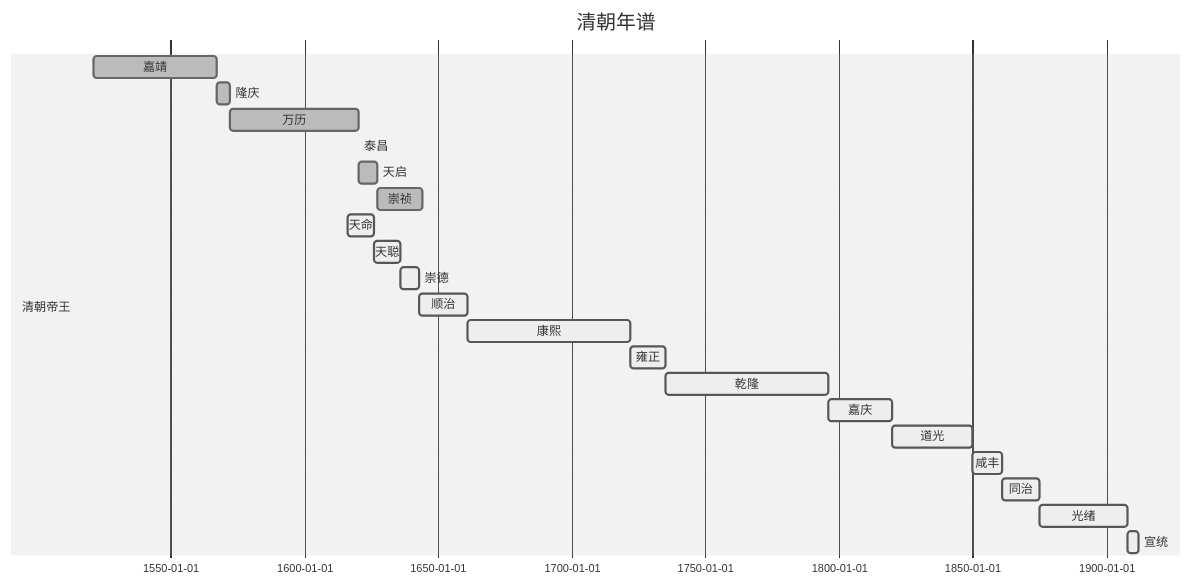
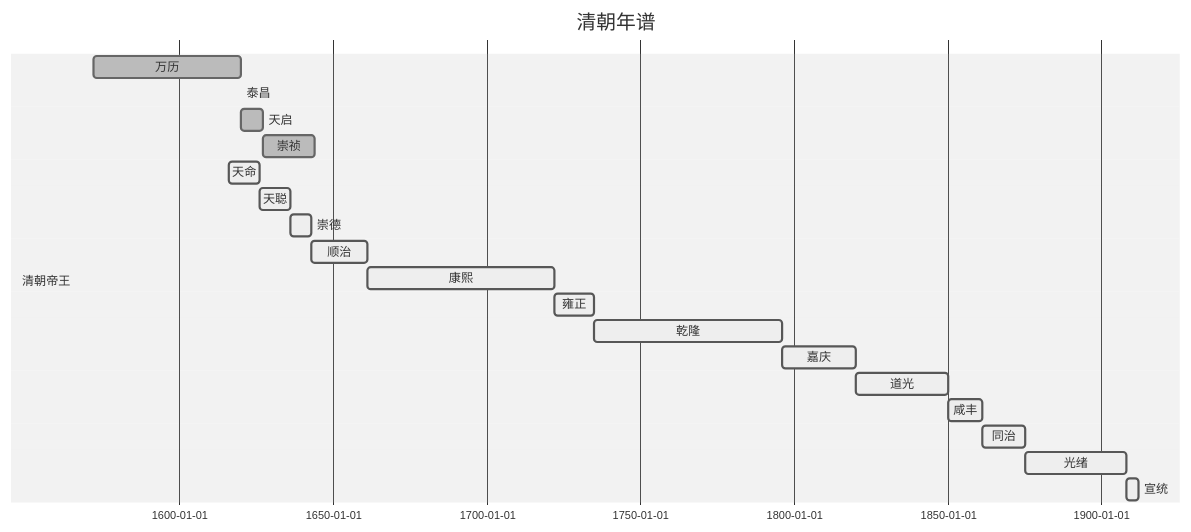
One commit to pemglee/HistoryNotes changed the third of 4 diagrams in NoteList.md. Above: the diagram before and after it, drawn with Mermaid (neutral theme). The commit also changed other lines of this file, not shown here.

Commit message:
update for QING

````diff
--- a/NoteList.md
+++ b/NoteList.md
@@ -109,26 +109,24 @@
 ```mermaid
 gantt
 dateformat YYYY
 title 清朝年谱
 
 section 清朝帝王
-嘉靖: done, 朱厚熜, 1521, 1567
-隆庆: done, 朱载坖, 1567, 1572
 万历: done, 朱翊钧, 1572, 1620
 泰昌: done, 朱常洛, 1620, 1620
 天启: done, 朱由校, 1620, 1627
 崇祯: done, 朱由检, 1627, 1644
 天命: active, 努尔哈赤, 1616, 1626
 天聪: active, 皇太极, 1626, 1636
 崇德: active, 皇太极, 1636, 1643
 顺治: active, 福临, 1643, 1661
 康熙: active, 玄烨, 1661, 1722
 雍正: active, 胤禛, 1722, 1735
 乾隆: active, 弘历, 1735, 1796
 嘉庆: active, 颙琰, 1796, 1820
 道光: active, 旻宁, 1820, 1850
 咸丰: active, 奕詝, 1850, 1861
 同治: active, 载淳, 1861, 1875
 光绪: active, 载湉, 1875, 1908
 宣统: active, 溥仪, 1908, 1912
 ```
````
